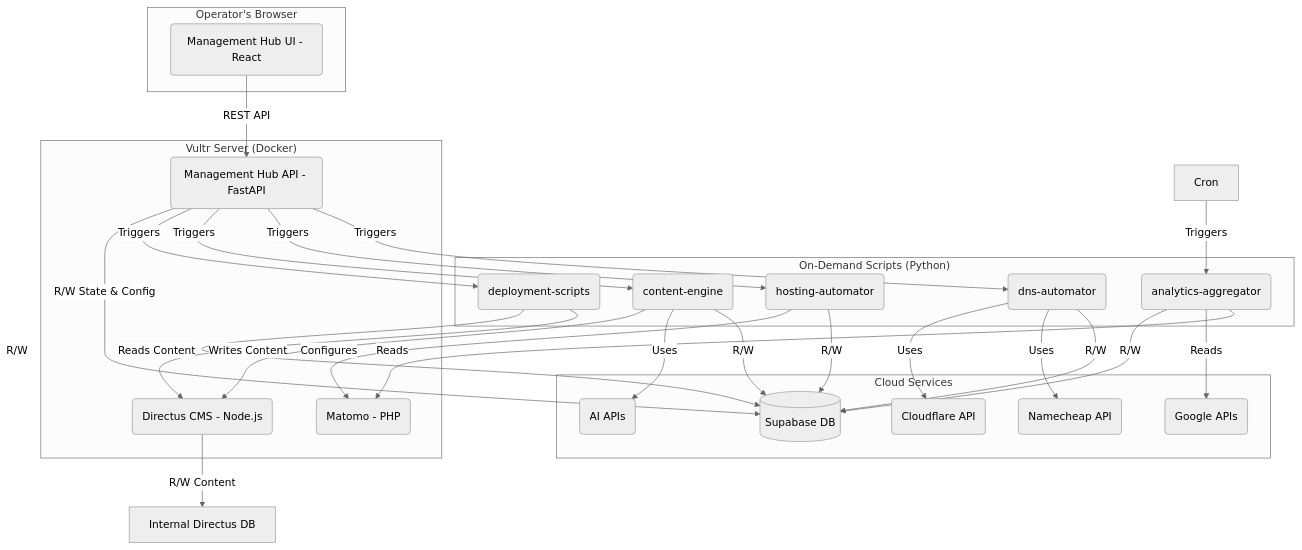
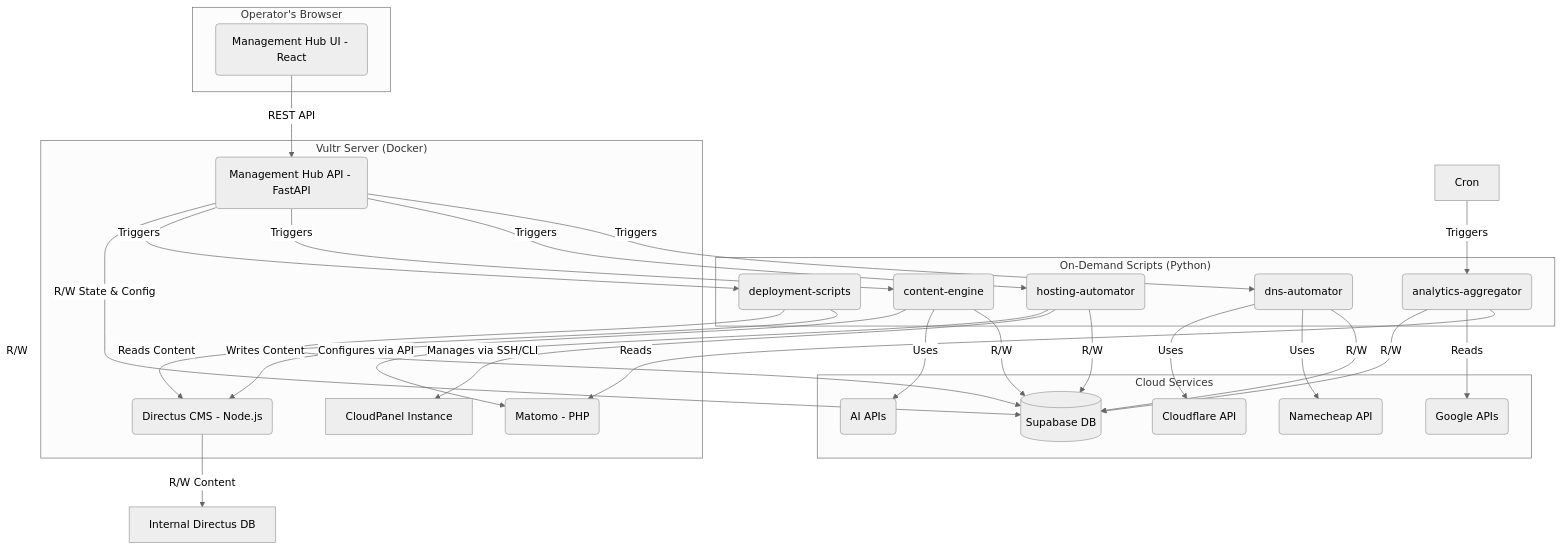
One commit to Website-Factory-System/website-factory-docs changed the diagram in docs/SYSTEM_TDD.md. Above: the diagram before and after it, drawn with Mermaid (neutral theme). The commit also changed other lines of this file and 28 other files, not shown here.

````diff
--- a/docs/SYSTEM_TDD.md
+++ b/docs/SYSTEM_TDD.md
@@ -19,45 +19,48 @@
 ```mermaid
 graph TD
     subgraph "Operator's Browser"
         UI(Management Hub UI - React)
     end
 
     subgraph "Vultr Server (Docker)"
         API(Management Hub API - FastAPI)
         CMS(Directus CMS - Node.js)
         Analytics(Matomo - PHP)
+        CP[CloudPanel Instance]
     end
 
     subgraph "On-Demand Scripts (Python)"
         DNS(dns-automator)
         Host(hosting-automator)
         Content(content-engine)
         Deploy(deployment-scripts)
         Aggregator(analytics-aggregator)
     end
 
     subgraph "Cloud Services"
         DB[(Supabase DB)]
         CF(Cloudflare API)
         NC(Namecheap API)
         GSC(Google APIs)
         AI(AI APIs)
     end
 
     UI -- REST API --> API
     API -- Triggers --> DNS
     API -- Triggers --> Host
     API -- Triggers --> Content
     API -- Triggers --> Deploy
     Cron -- Triggers --> Aggregator
 
     API -- R/W State & Config --> DB
     DNS -- R/W --> DB; DNS -- Uses --> NC; DNS -- Uses --> CF
-    Host -- R/W --> DB; Host -- Configures --> Analytics
+    Host -- R/W --> DB
+    Host -- Manages via SSH/CLI --> CP
+    Host -- Configures via API --> Analytics
     Content -- R/W --> DB; Content -- Uses --> AI; Content -- Writes Content --> CMS
     Deploy -- Reads Content --> CMS; Deploy -- R/W --> DB
     Aggregator -- Reads --> Analytics; Aggregator -- Reads --> GSC; Aggregator -- R/W --> DB
 
     CMS -- R/W Content --> DB_CMS[Internal Directus DB]
 
 ```
````
